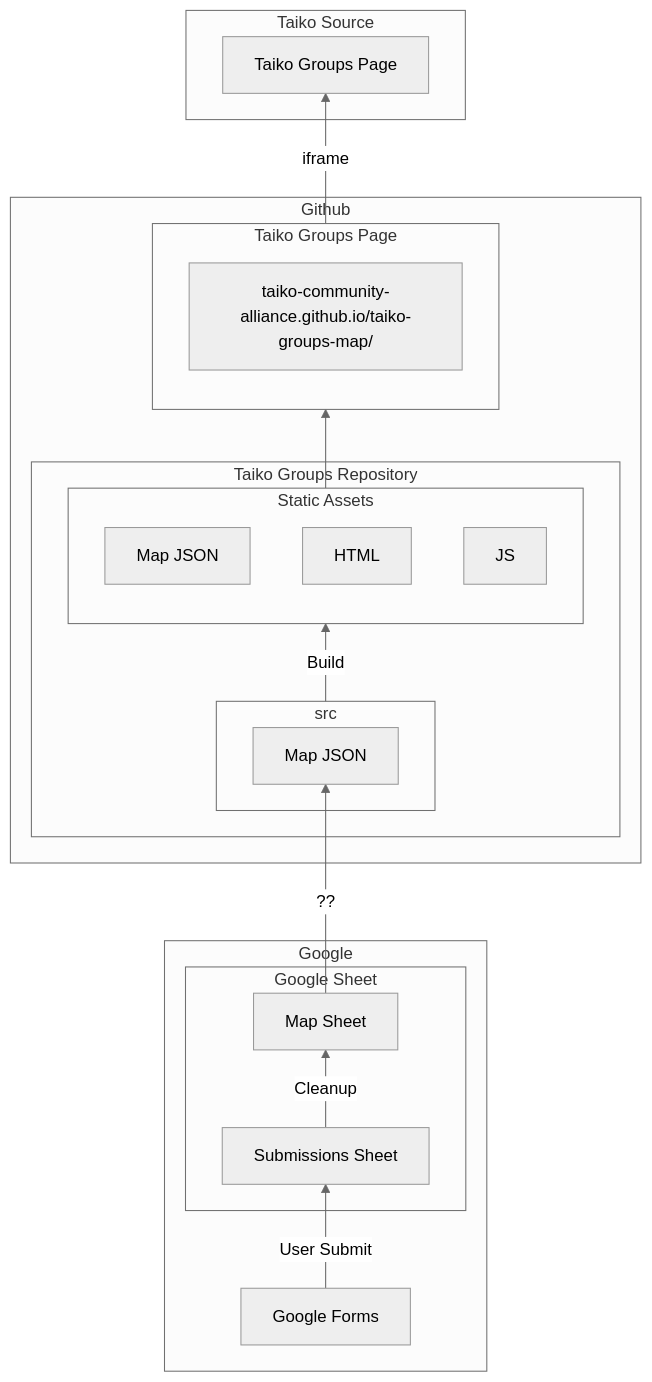
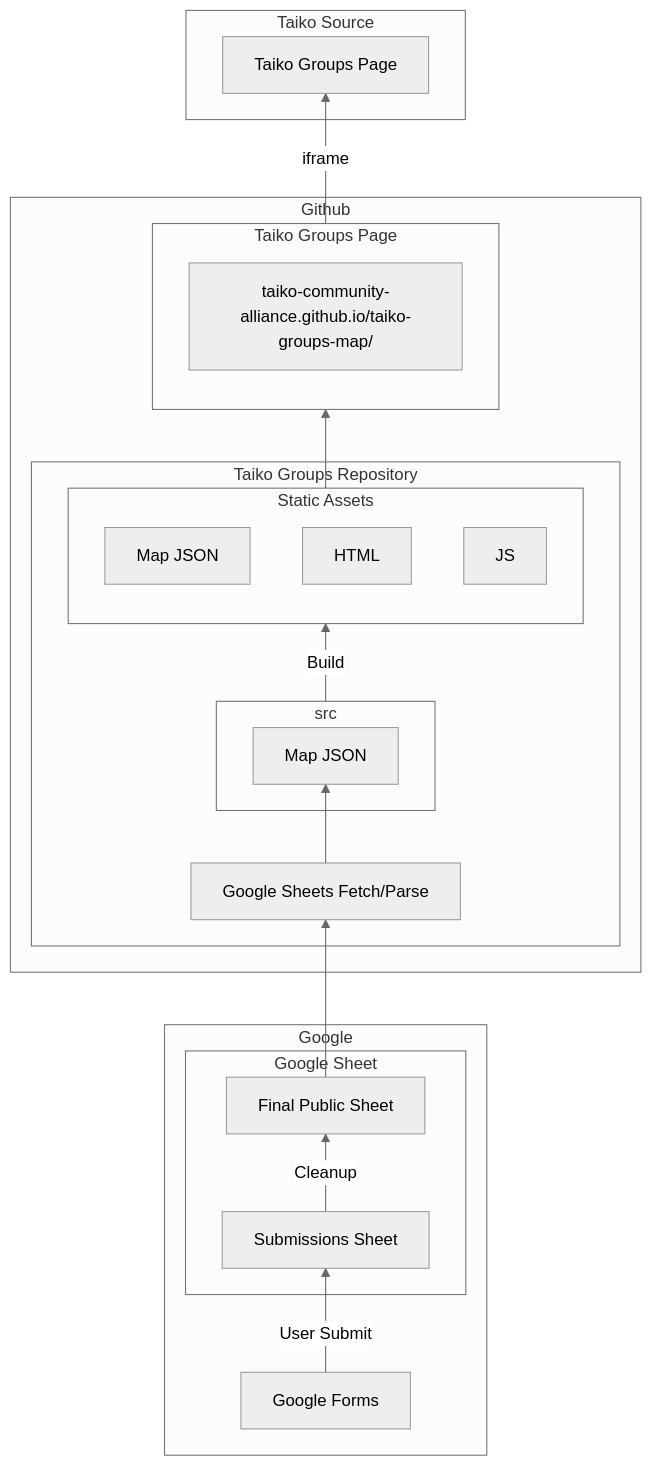
The diagram in README.md (Taiko-Community-Alliance/taiko-groups-map), drawn with Mermaid before and after one commit. The commit also changed other lines of this file, not shown here.

````diff
--- a/README.md
+++ b/README.md
@@ -14,35 +15,36 @@
 ```mermaid
 ---
 config:
   theme: neutral
 ---
 flowchart BT
     subgraph GL["Google"]
         GF["Google Forms"] -- User Submit --> GSR
         subgraph GS["Google Sheet"]
-            GSR["Submissions Sheet"] -- Cleanup --> GSP["Map Sheet"]
+            GSR["Submissions Sheet"] -- Cleanup --> GSP["Final Public Sheet"]
         end
     end
-    GSP -- ?? --> GHJSON
+    GSP --> PARSE --> GHJSON
     subgraph GH["Github"]
         subgraph GHR["Taiko Groups Repository"]
+            PARSE["Google Sheets Fetch/Parse"]
             subgraph SRC["src"]
                 GHJSON["Map JSON"]
             end
             subgraph ST["Static Assets"]
                 GHJSONST["Map JSON"]
                 HTML
                 JS
             end
             SRC -- Build --> ST
         end
         ST --> GHP
         subgraph GHP["Taiko Groups Page"]
             WEBPAGE["taiko-community-alliance.github.io/taiko-groups-map/"]
         end
     end
     GHP -- iframe --> TGPAGE
     subgraph TS["Taiko Source"]
         TGPAGE["Taiko Groups Page"]
     end
 ```
````
